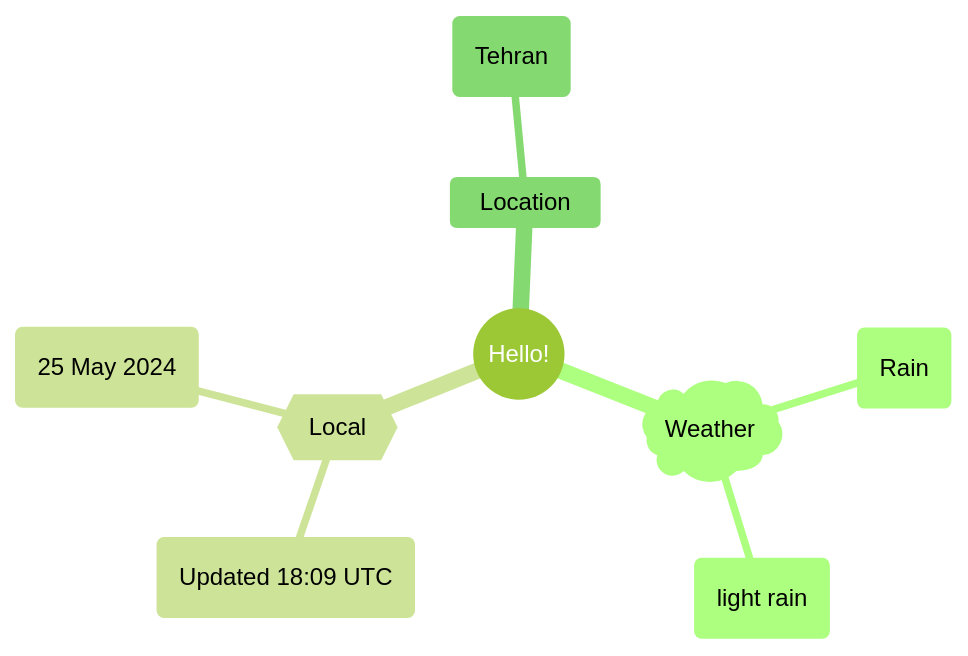
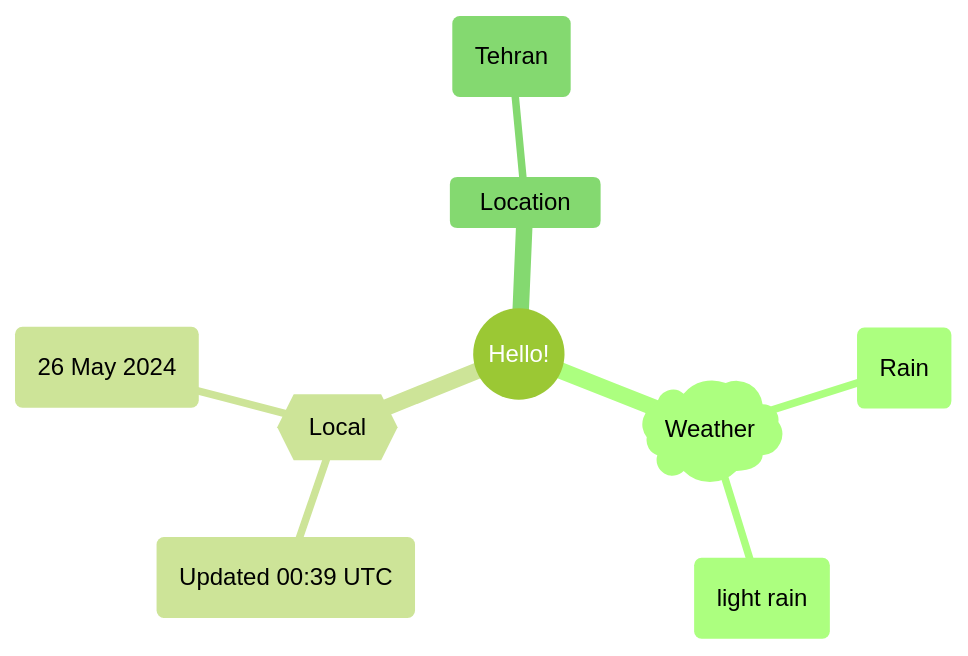
Before and after one commit to Xosrov/Xosrov: the first of 2 diagrams in README.md, drawn with Mermaid (forest theme).

Commit message:
[bot] updated images

````diff
--- a/README.md
+++ b/README.md
@@ -3,12 +3,12 @@
 ```mermaid
 mindmap
   root((Hello!))
     )Weather(
         (Rain)
         (light rain)
     {{Local}}
-        (Updated 18:09 UTC)
-        (25 May 2024)
+        (Updated 00:39 UTC)
+        (26 May 2024)
     Location
         (Tehran)
 ```
````
